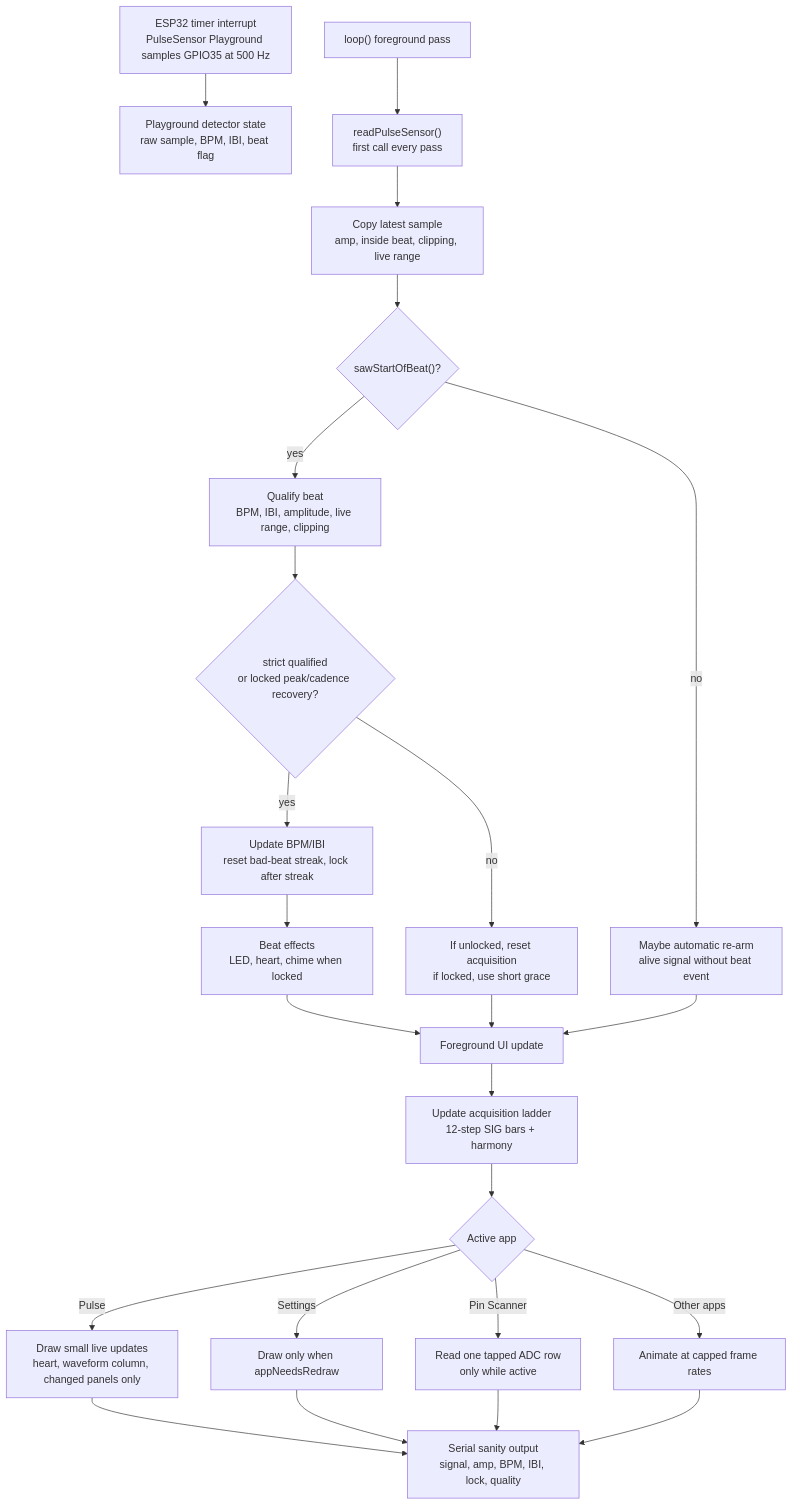
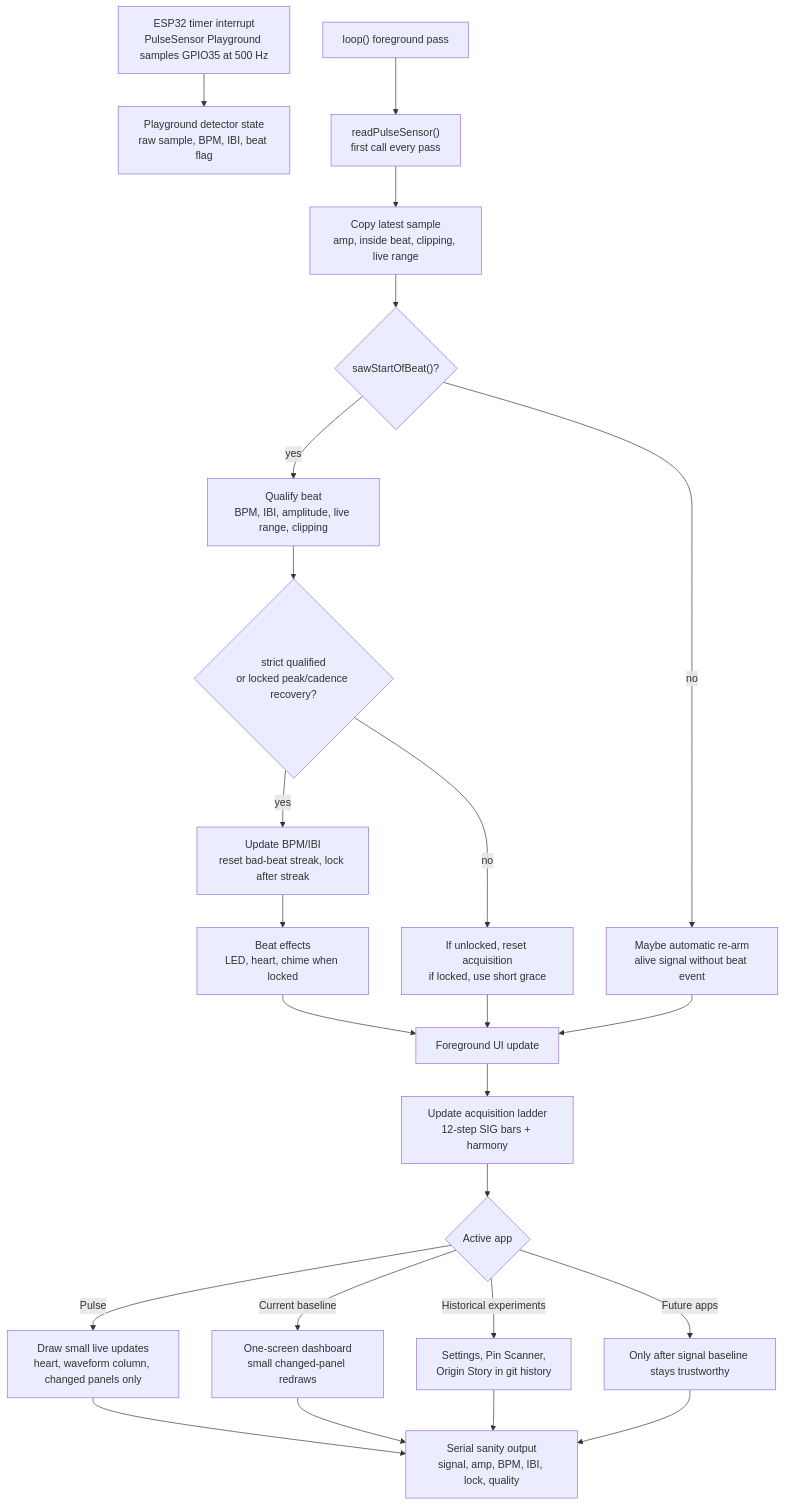
The diagram in docs/signal-first-architecture.md (yury-g/CYD_App_Launcher), drawn with Mermaid before and after one commit. The commit also changed other lines of this file and 8 other files, not shown here.

Commit message:
Restore known-good signal baseline

````diff
--- a/docs/signal-first-architecture.md
+++ b/docs/signal-first-architecture.md
@@ -46,26 +42,26 @@
 ```mermaid
 flowchart TD
     A["ESP32 timer interrupt\nPulseSensor Playground samples GPIO35 at 500 Hz"] --> B["Playground detector state\nraw sample, BPM, IBI, beat flag"]
     C["loop() foreground pass"] --> D["readPulseSensor()\nfirst call every pass"]
     D --> E["Copy latest sample\namp, inside beat, clipping, live range"]
     E --> F{"sawStartOfBeat()?"}
     F -->|yes| G["Qualify beat\nBPM, IBI, amplitude, live range, clipping"]
     F -->|no| H["Maybe automatic re-arm\nalive signal without beat event"]
     G --> I{"strict qualified\nor locked peak/cadence recovery?"}
     I -->|yes| J["Update BPM/IBI\nreset bad-beat streak, lock after streak"]
     I -->|no| K["If unlocked, reset acquisition\nif locked, use short grace"]
     J --> L["Beat effects\nLED, heart, chime when locked"]
     K --> M["Foreground UI update"]
     H --> M
     L --> M
     M --> N["Update acquisition ladder\n12-step SIG bars + harmony"]
     N --> O{"Active app"}
     O -->|Pulse| P["Draw small live updates\nheart, waveform column, changed panels only"]
-    O -->|Settings| Q["Draw only when appNeedsRedraw"]
-    O -->|Pin Scanner| R["Read one tapped ADC row\nonly while active"]
-    O -->|Other apps| S["Animate at capped frame rates"]
+    O -->|Current baseline| Q["One-screen dashboard\nsmall changed-panel redraws"]
+    O -->|Historical experiments| R["Settings, Pin Scanner,\nOrigin Story in git history"]
+    O -->|Future apps| S["Only after signal baseline stays trustworthy"]
     P --> T["Serial sanity output\nsignal, amp, BPM, IBI, lock, quality"]
     Q --> T
     R --> T
     S --> T
 ```
````
